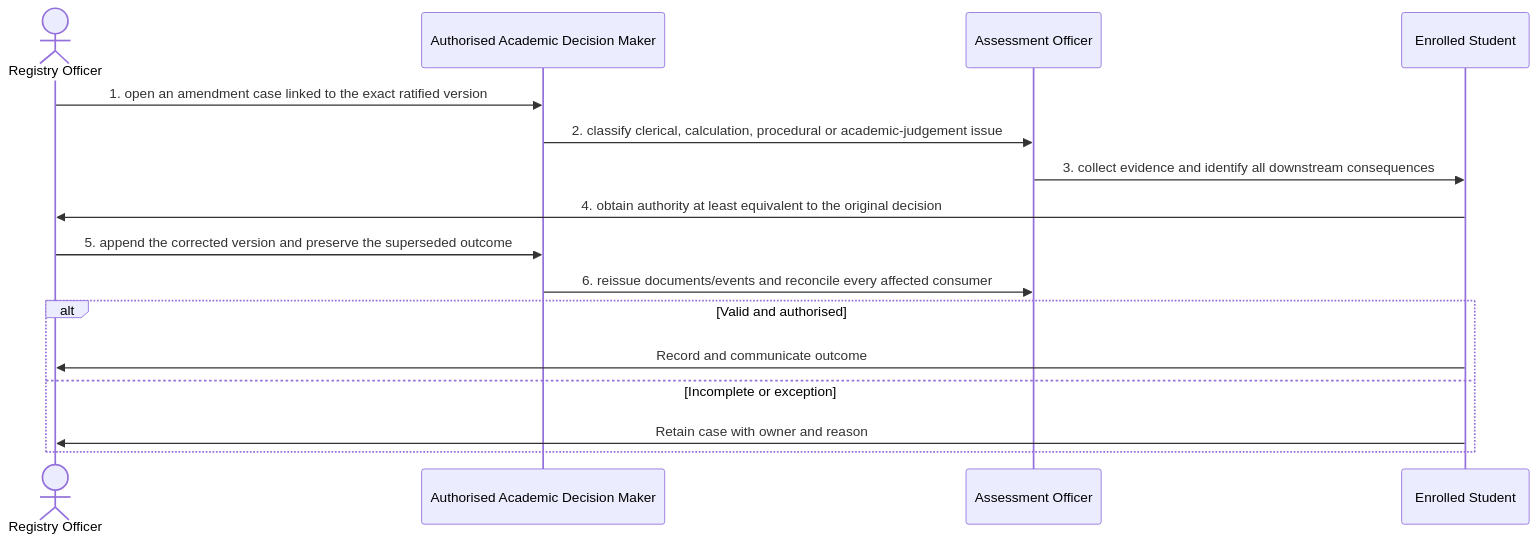
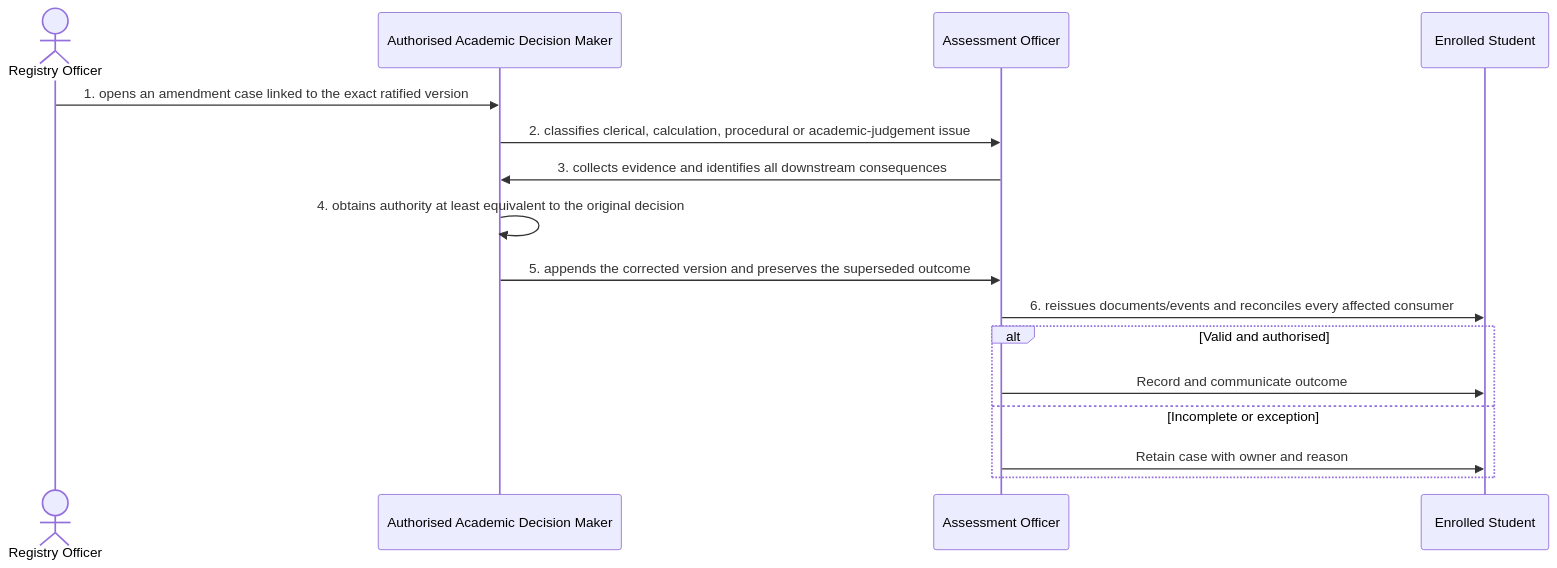
One commit to RevelationCore/Revelation-SRS changed the diagram in docs/business-processes/05-assessment-and-results/bp-05-011-correct-a-ratified-academic-outcome.md. Above: the diagram before and after it, drawn with Mermaid. The commit also changed other lines of this file and 96 other files, not shown here.

````diff
--- a/docs/business-processes/05-assessment-and-results/bp-05-011-correct-a-ratified-academic-outcome.md
+++ b/docs/business-processes/05-assessment-and-results/bp-05-011-correct-a-ratified-academic-outcome.md
@@ -158,18 +158,18 @@
 ```mermaid
 sequenceDiagram
     actor A1 as Registry Officer
     participant A2 as Authorised Academic Decision Maker
     participant A3 as Assessment Officer
     participant A4 as Enrolled Student
-    A1->>A2: 1. open an amendment case linked to the exact ratified version
-    A2->>A3: 2. classify clerical, calculation, procedural or academic-judgement issue
-    A3->>A4: 3. collect evidence and identify all downstream consequences
-    A4->>A1: 4. obtain authority at least equivalent to the original decision
-    A1->>A2: 5. append the corrected version and preserve the superseded outcome
-    A2->>A3: 6. reissue documents/events and reconcile every affected consumer
+    A1->>A2: 1. opens an amendment case linked to the exact ratified version
+    A2->>A3: 2. classifies clerical, calculation, procedural or academic-judgement issue
+    A3->>A2: 3. collects evidence and identifies all downstream consequences
+    A2->>A2: 4. obtains authority at least equivalent to the original decision
+    A2->>A3: 5. appends the corrected version and preserves the superseded outcome
+    A3->>A4: 6. reissues documents/events and reconciles every affected consumer
     alt Valid and authorised
-        A4->>A1: Record and communicate outcome
+        A3->>A4: Record and communicate outcome
     else Incomplete or exception
-        A4->>A1: Retain case with owner and reason
+        A3->>A4: Retain case with owner and reason
     end
 ```
````
